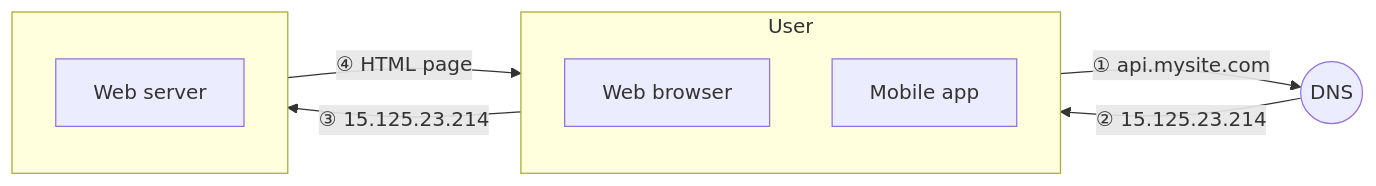
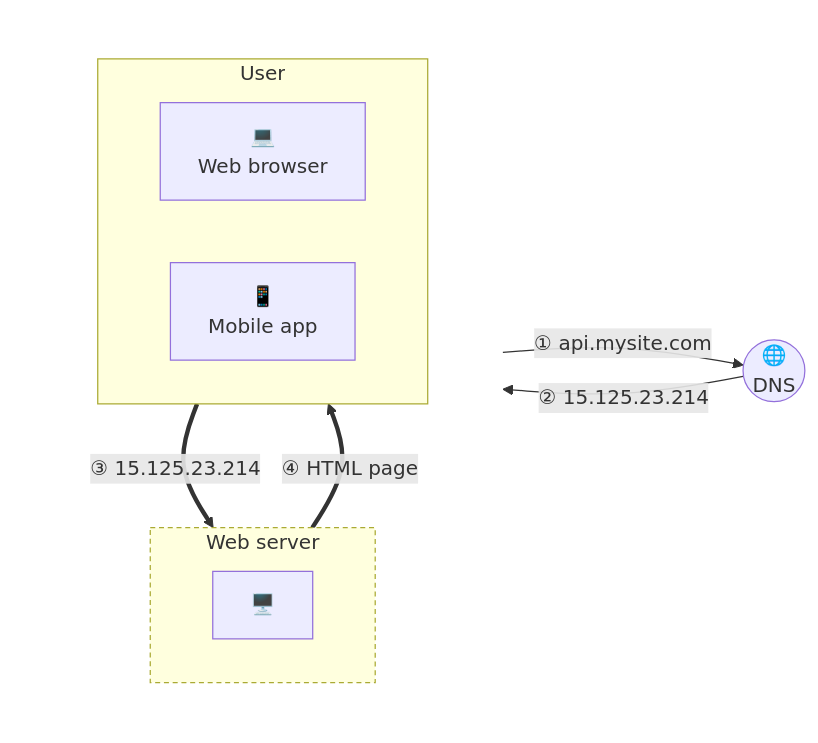
Before and after one commit to ayuslharora/blog-ayuslh: the diagram in content/posts/system-design-foundation/ch1-single-server-setup.mdx, drawn with Mermaid. The commit also changed other lines of this file and 1 other file, not shown here.

Commit message:
Fix mermaid diagram layout to match Figure 1-2 exactly

````diff
--- a/content/posts/system-design-foundation/ch1-single-server-setup.mdx
+++ b/content/posts/system-design-foundation/ch1-single-server-setup.mdx
@@ -18,19 +18,24 @@
 ```mermaid
 flowchart LR
-    subgraph User
+    subgraph Left[" "]
         direction TB
-        WB[Web browser]
-        MA[Mobile app]
+        subgraph WSBox["Web server"]
+            WS["🖥️"]
+        end
+        subgraph User
+            direction LR
+            WB["💻<br/>Web browser"]
+            MA["📱<br/>Mobile app"]
+        end
+        User == "③ 15.125.23.214" ==> WSBox
+        WSBox == "④ HTML page" ==> User
     end
 
-    DNS((DNS))
-
-    subgraph WSBox[" "]
-        WS[Web server]
-    end
+    DNS(("🌐<br/>DNS"))
 
     User -- "① api.mysite.com" --> DNS
     DNS -- "② 15.125.23.214" --> User
-    User -- "③ 15.125.23.214" --> WSBox
-    WSBox -- "④ HTML page" --> User
+
+    style Left fill:transparent,stroke:transparent
+    style WSBox stroke-dasharray: 4 3
 ```
````
